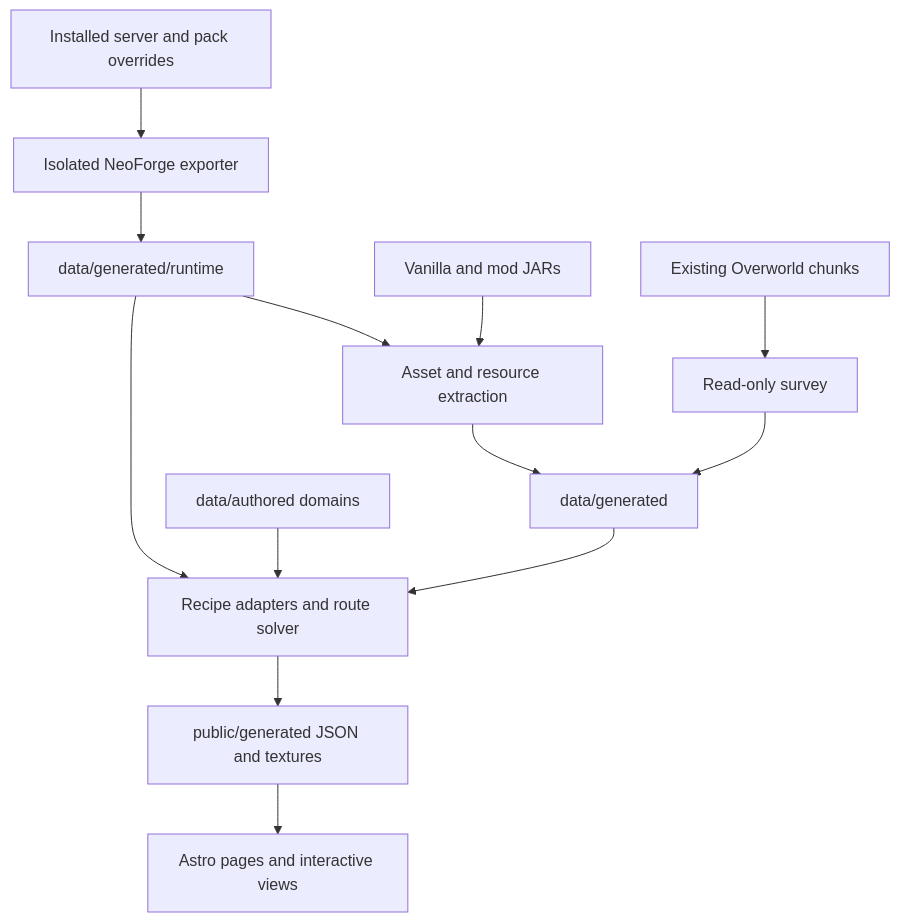
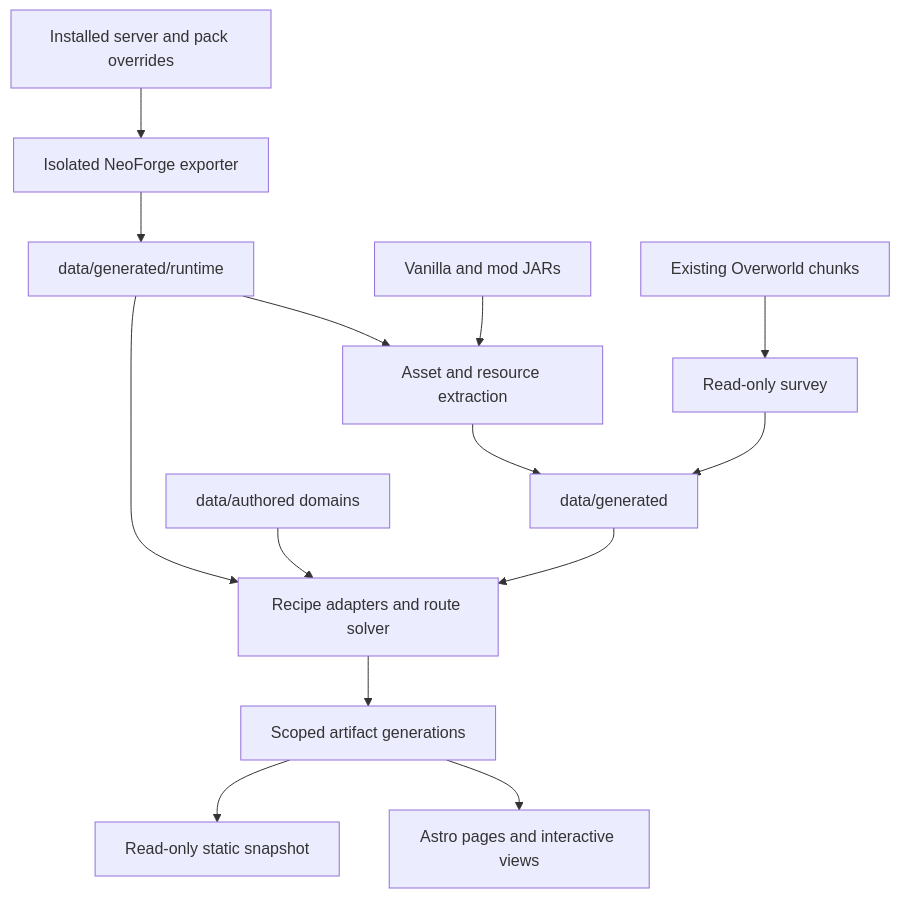
The diagram in docs/development/web/data.md (mannie-exe/create-skyweave), drawn with Mermaid before and after one commit. The commit also changed other lines of this file and 165 other files, not shown here.

````diff
--- a/docs/development/web/data.md
+++ b/docs/development/web/data.md
@@ -7,15 +7,16 @@
 ```mermaid
 flowchart TD
     Server[Installed server and pack overrides] --> Runtime[Isolated NeoForge exporter]
     Runtime --> Evidence[data/generated/runtime]
     Jars[Vanilla and mod JARs] --> Extract[Asset and resource extraction]
     Evidence --> Extract
     Extract --> Catalog[data/generated]
     World[Existing Overworld chunks] --> Survey[Read-only survey]
     Survey --> Catalog
     YAML[data/authored domains] --> Compile[Recipe adapters and route solver]
     Catalog --> Compile
     Evidence --> Compile
-    Compile --> Public[public/generated JSON and textures]
-    Public --> Browser[Astro pages and interactive views]
+    Compile --> Artifacts[Scoped artifact generations]
+    Artifacts --> Browser[Astro pages and interactive views]
+    Artifacts --> Build[Read-only static snapshot]
 ```
````
